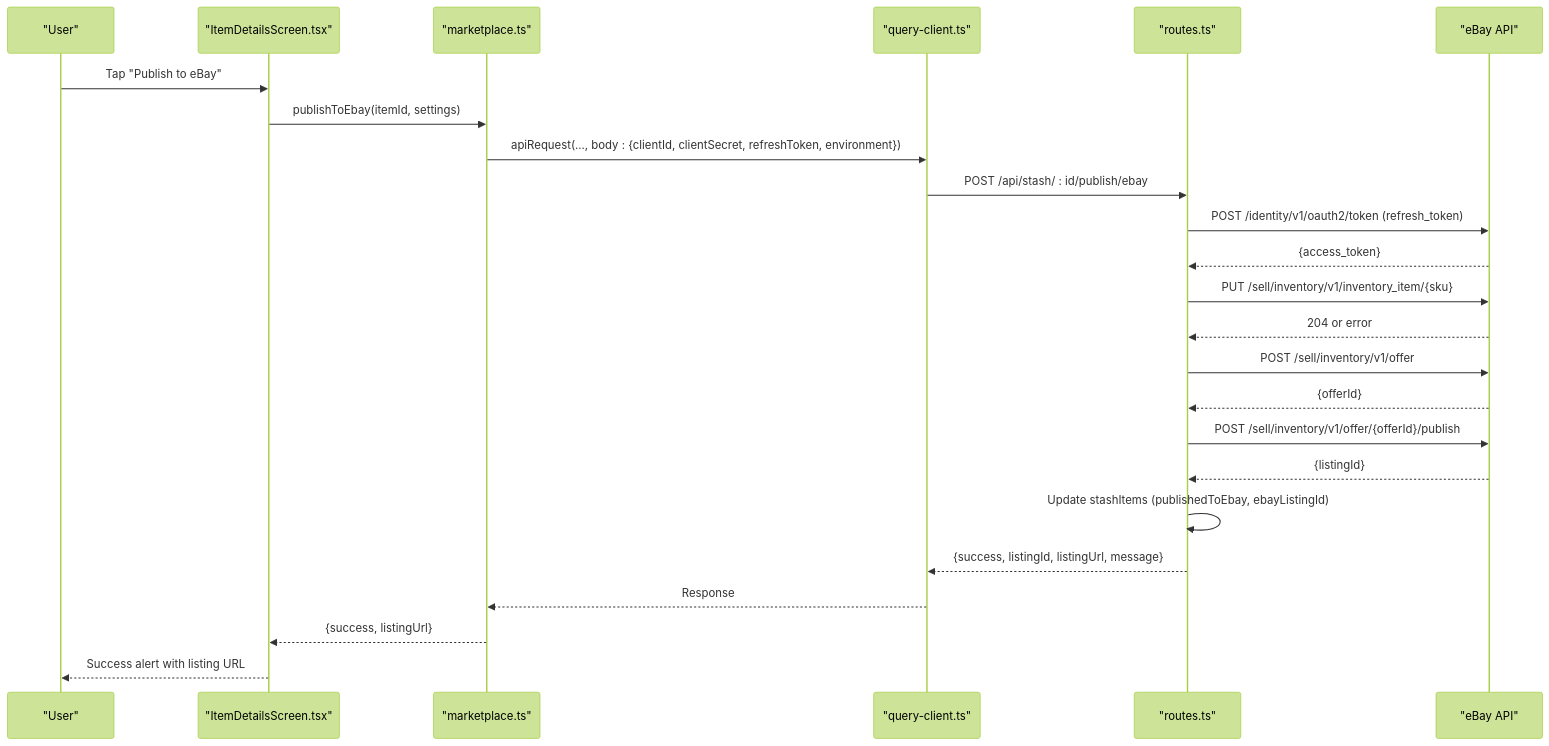
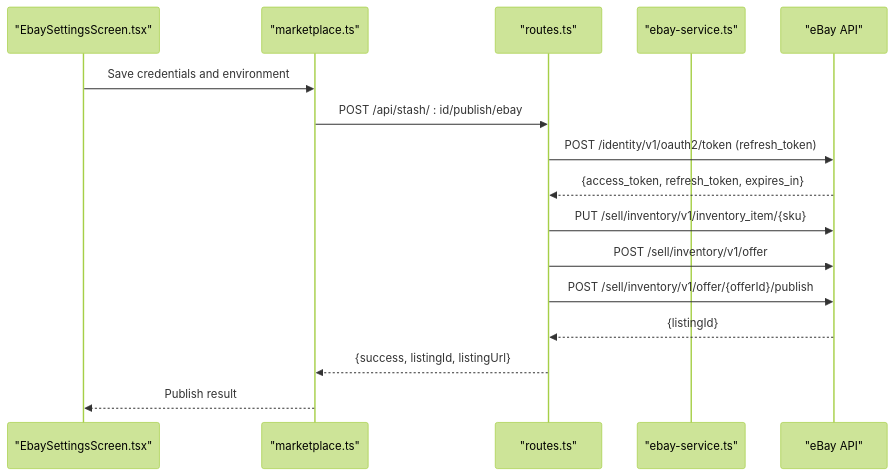
Before and after one commit to hunglevi87/Hidden-Gem: the second of 9 diagrams in .qoder/repowiki/en/content/Marketplace Integration/eBay Integration.md, drawn with Mermaid (forest theme). The commit also changed other lines of this file and 99 other files, not shown here.

````diff
--- a/.qoder/repowiki/en/content/Marketplace Integration/eBay Integration.md
+++ b/.qoder/repowiki/en/content/Marketplace Integration/eBay Integration.md
@@ -103,26 +95,18 @@
 ```mermaid
 sequenceDiagram
-participant User as "User"
-participant UI as "ItemDetailsScreen.tsx"
+participant UI as "EbaySettingsScreen.tsx"
 participant MP as "marketplace.ts"
-participant QC as "query-client.ts"
-participant BE as "routes.ts"
-participant EB as "eBay API"
-User->>UI : Tap "Publish to eBay"
-UI->>MP : publishToEbay(itemId, settings)
-MP->>QC : apiRequest(..., body : {clientId, clientSecret, refreshToken, environment})
-QC->>BE : POST /api/stash/ : id/publish/ebay
-BE->>EB : POST /identity/v1/oauth2/token (refresh_token)
-EB-->>BE : {access_token}
-BE->>EB : PUT /sell/inventory/v1/inventory_item/{sku}
-EB-->>BE : 204 or error
-BE->>EB : POST /sell/inventory/v1/offer
-EB-->>BE : {offerId}
-BE->>EB : POST /sell/inventory/v1/offer/{offerId}/publish
-EB-->>BE : {listingId}
-BE->>BE : Update stashItems (publishedToEbay, ebayListingId)
-BE-->>QC : {success, listingId, listingUrl, message}
-QC-->>MP : Response
-MP-->>UI : {success, listingUrl}
-UI-->>User : Success alert with listing URL
+participant API as "routes.ts"
+participant SVC as "ebay-service.ts"
+participant EBAY as "eBay API"
+UI->>MP : Save credentials and environment
+MP->>API : POST /api/stash/ : id/publish/ebay
+API->>EBAY : POST /identity/v1/oauth2/token (refresh_token)
+EBAY-->>API : {access_token, refresh_token, expires_in}
+API->>EBAY : PUT /sell/inventory/v1/inventory_item/{sku}
+API->>EBAY : POST /sell/inventory/v1/offer
+API->>EBAY : POST /sell/inventory/v1/offer/{offerId}/publish
+EBAY-->>API : {listingId}
+API-->>MP : {success, listingId, listingUrl}
+MP-->>UI : Publish result
 ```
````
